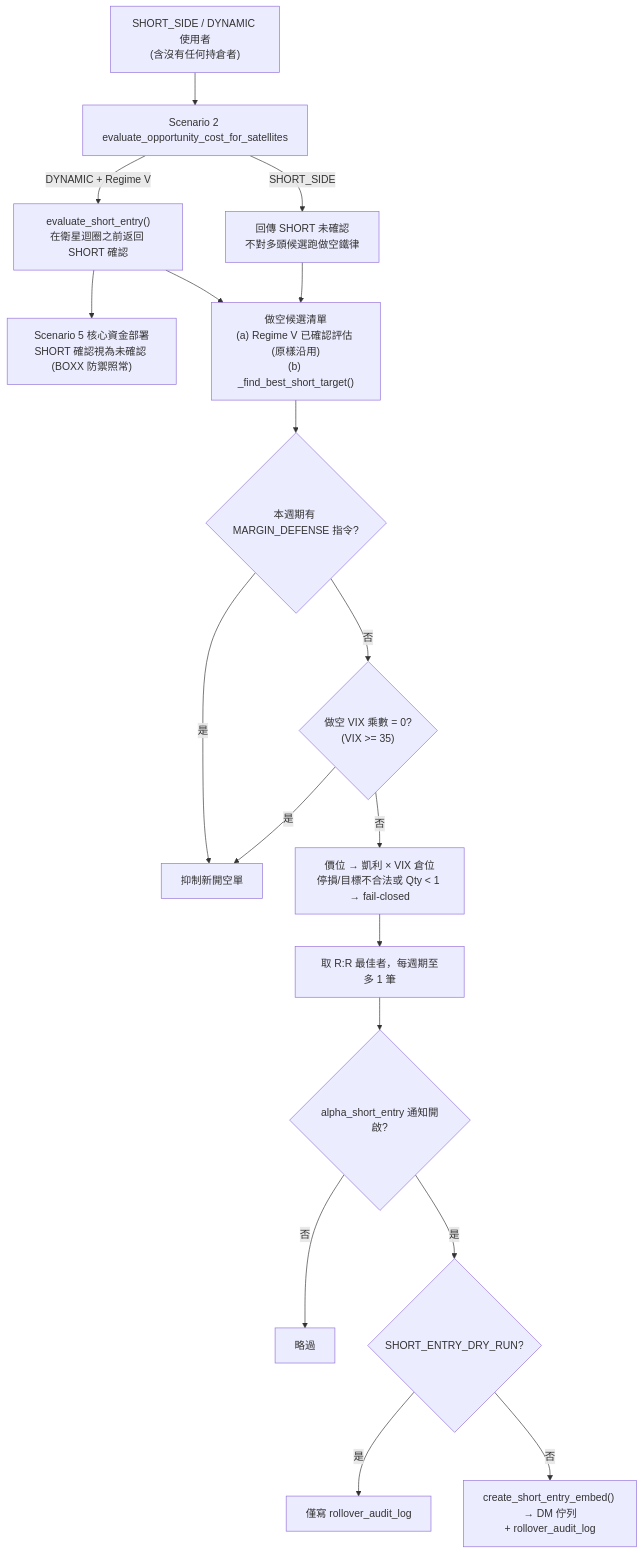
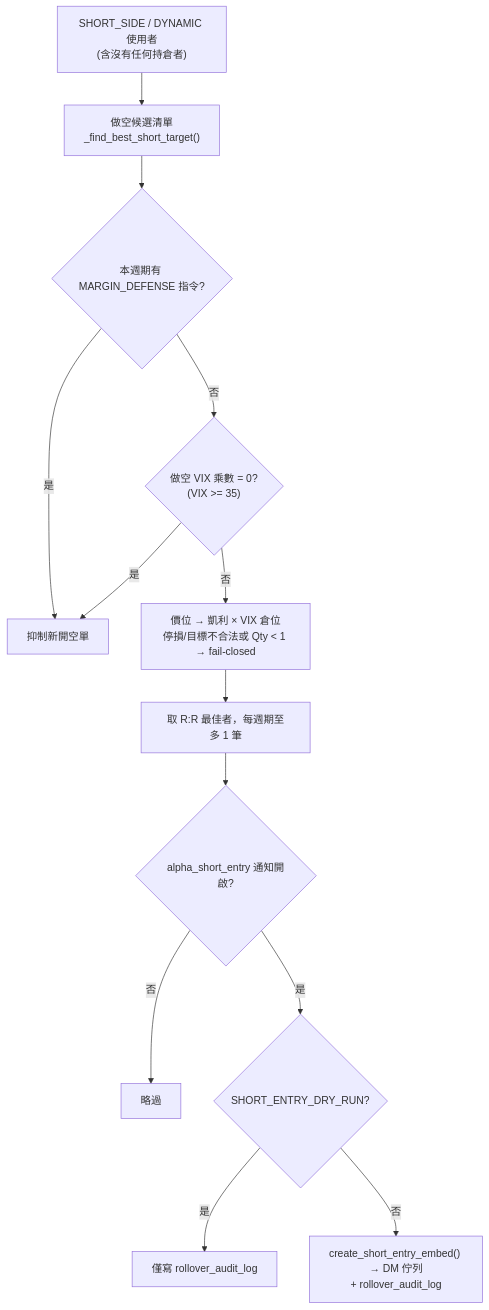
The second of 2 diagrams in docs/strategies/07_short_side_breakdown_ironclad.md (cosmo-chang-1701/nexus-seeker), drawn with Mermaid before and after one commit. The commit also changed other lines of this file and 12 other files, not shown here.

````diff
--- a/docs/strategies/07_short_side_breakdown_ironclad.md
+++ b/docs/strategies/07_short_side_breakdown_ironclad.md
@@ -190,20 +190,15 @@
 ```mermaid
 flowchart TD
-    Users["SHORT_SIDE / DYNAMIC 使用者<br/>(含沒有任何持倉者)"] --> S2["Scenario 2 evaluate_opportunity_cost_for_satellites"]
-    S2 -- "SHORT_SIDE" --> Skip["回傳 SHORT 未確認<br/>不對多頭候選跑做空鐵律"]
-    S2 -- "DYNAMIC + Regime V" --> Eval["evaluate_short_entry()<br/>在衛星迴圈之前返回 SHORT 確認"]
-    Eval --> S5["Scenario 5 核心資金部署<br/>SHORT 確認視為未確認 (BOXX 防禦照常)"]
-    Eval --> Cands["做空候選清單<br/>(a) Regime V 已確認評估 (原樣沿用)<br/>(b) _find_best_short_target()"]
-    Skip --> Cands
+    Users["SHORT_SIDE / DYNAMIC 使用者<br/>(含沒有任何持倉者)"] --> Cands["做空候選清單<br/>_find_best_short_target()"]
     Cands --> Gate1{"本週期有 MARGIN_DEFENSE 指令?"}
     Gate1 -- 是 --> Suppress["抑制新開空單"]
     Gate1 -- 否 --> Gate2{"做空 VIX 乘數 = 0?<br/>(VIX >= 35)"}
     Gate2 -- 是 --> Suppress
     Gate2 -- 否 --> Size["價位 → 凱利 × VIX 倉位<br/>停損/目標不合法或 Qty < 1 → fail-closed"]
     Size --> One["取 R:R 最佳者，每週期至多 1 筆"]
     One --> Notif{"alpha_short_entry 通知開啟?"}
     Notif -- 否 --> Drop["略過"]
     Notif -- 是 --> Dry{"SHORT_ENTRY_DRY_RUN?"}
     Dry -- 是 --> Audit["僅寫 rollover_audit_log"]
     Dry -- 否 --> DM["create_short_entry_embed() → DM 佇列<br/>+ rollover_audit_log"]
 ```
````
